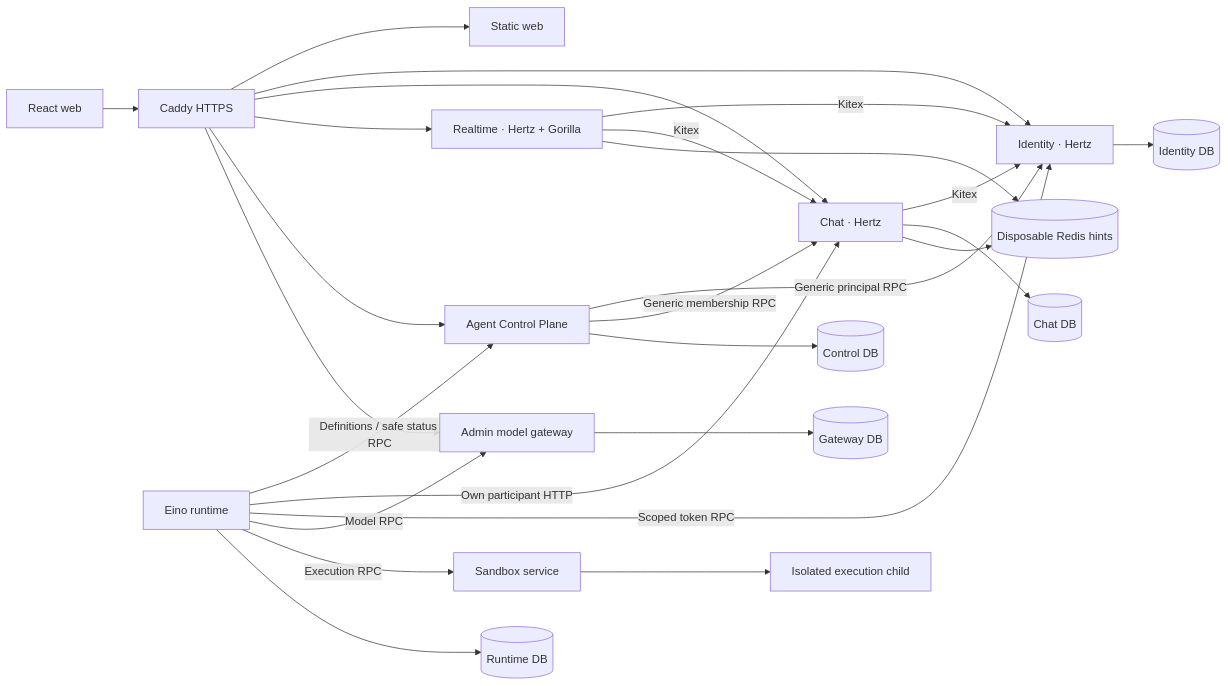
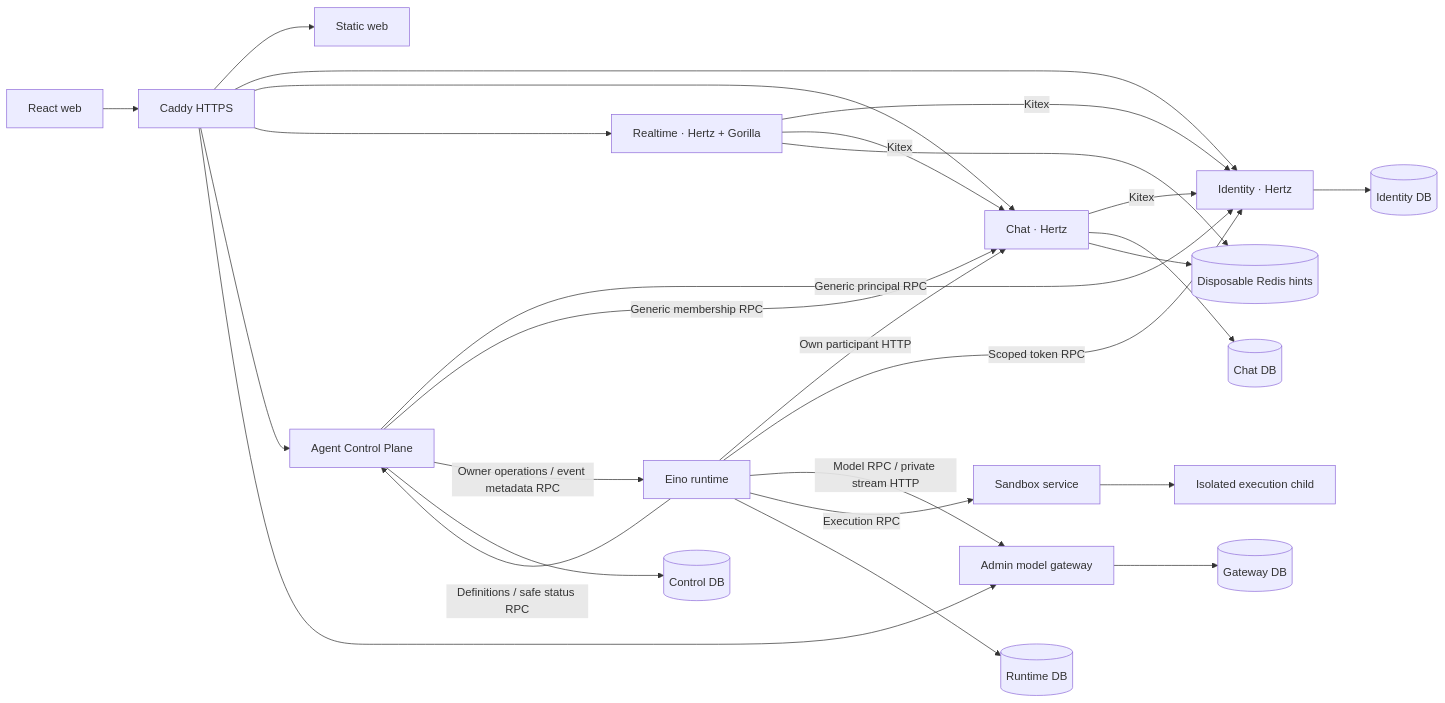
Before and after one commit to zzqDeco/teamie: the diagram in docs/architecture/overview.md, drawn with Mermaid. The commit also changed other lines of this file and 92 other files, not shown here.

````diff
--- a/docs/architecture/overview.md
+++ b/docs/architecture/overview.md
@@ -5,28 +5,29 @@
 ```mermaid
 flowchart LR
   Browser[React web] --> Edge[Caddy HTTPS]
   Edge --> Web[Static web]
   Edge --> Identity[Identity · Hertz]
   Edge --> Chat[Chat · Hertz]
   Edge --> RT[Realtime · Hertz + Gorilla]
   Edge --> CP[Agent Control Plane]
   Edge --> Gateway[Admin model gateway]
   Chat -->|Kitex| Identity
   RT -->|Kitex| Identity
   RT -->|Kitex| Chat
   CP -->|Generic principal RPC| Identity
   CP -->|Generic membership RPC| Chat
+  CP -->|Owner operations / event metadata RPC| Runtime
   Runtime[Eino runtime] -->|Definitions / safe status RPC| CP
   Runtime -->|Own participant HTTP| Chat
   Runtime -->|Scoped token RPC| Identity
-  Runtime -->|Model RPC| Gateway
+  Runtime -->|Model RPC / private stream HTTP| Gateway
   Runtime -->|Execution RPC| Sandbox[Sandbox service]
   Sandbox --> Child[Isolated execution child]
   Identity --> IDB[(Identity DB)]
   Chat --> CDB[(Chat DB)]
   CP --> ADB[(Control DB)]
   Runtime --> RDB[(Runtime DB)]
   Gateway --> GDB[(Gateway DB)]
   Chat --> Redis[(Disposable Redis hints)]
   RT --> Redis
 ```
````
